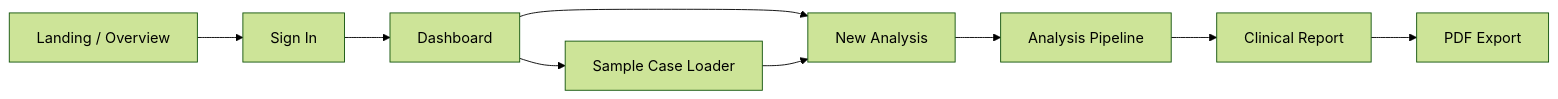
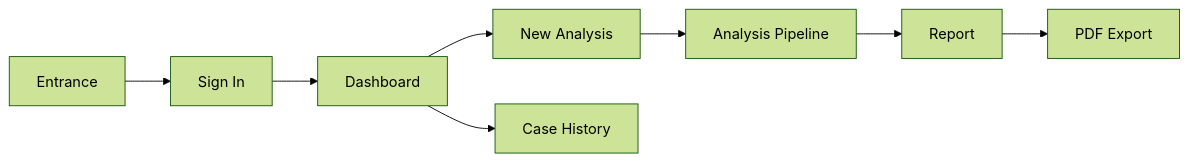
One commit to vishva2410/ONCO-DETECT- changed the first of 2 diagrams in README.md. Above: the diagram before and after it, drawn with Mermaid (forest theme). The commit also changed other lines of this file and 32 other files, not shown here.

````diff
--- a/README.md
+++ b/README.md
@@ -64,12 +44,10 @@
 ```mermaid
 flowchart LR
-    A["Landing / Overview"] --> B["Sign In"]
+    A["Entrance"] --> B["Sign In"]
     B --> C["Dashboard"]
     C --> D["New Analysis"]
     D --> E["Analysis Pipeline"]
-    E --> F["Clinical Report"]
+    E --> F["Report"]
     F --> G["PDF Export"]
-
-    C --> H["Sample Case Loader"]
-    H --> D
+    C --> H["Case History"]
 ```
````
